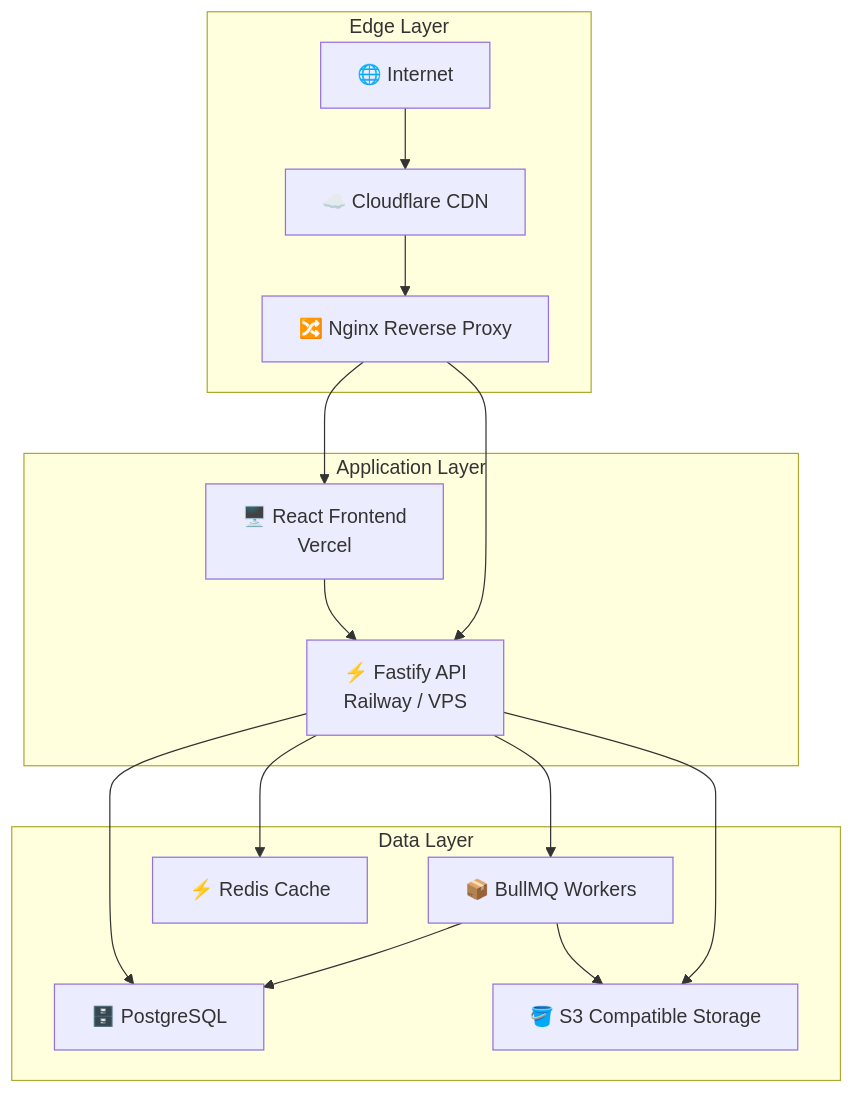
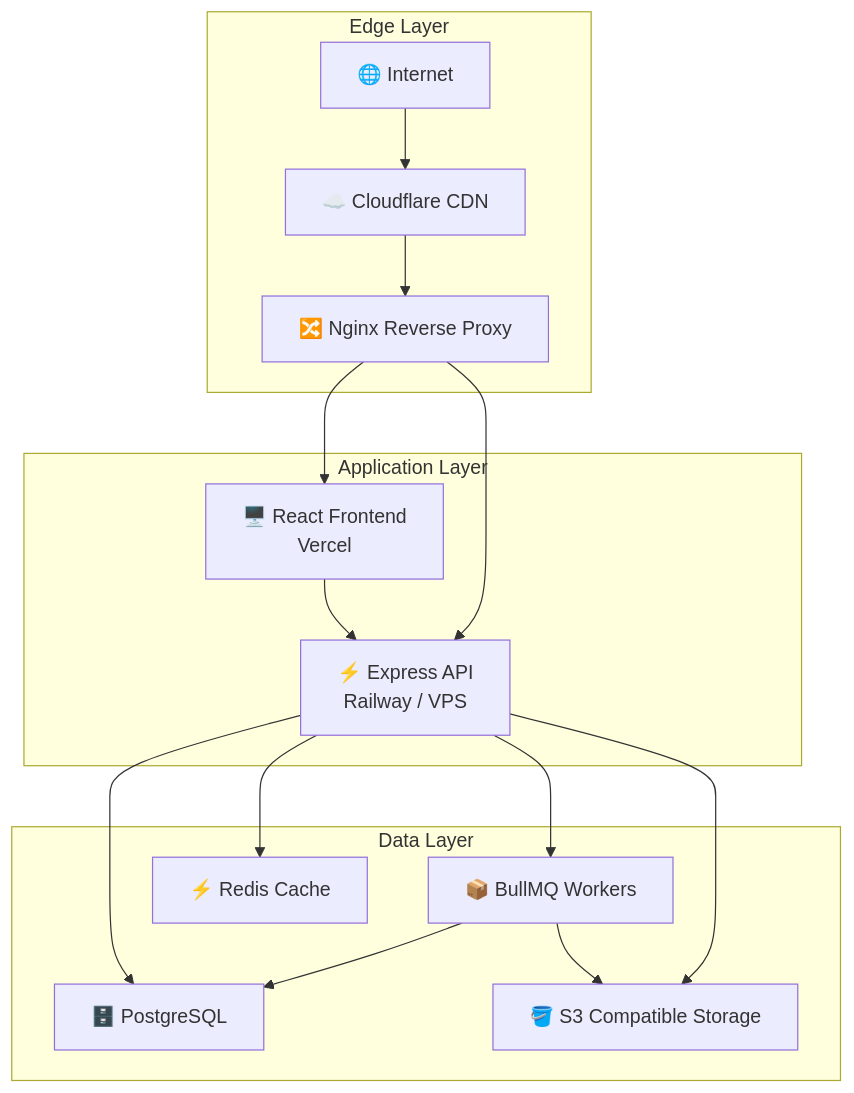
Before and after one commit to evillan0315/vestara-admin-starter: the fifth of 5 diagrams in README.md, drawn with Mermaid. The commit also changed other lines of this file and 21 other files, not shown here.

````diff
--- a/README.md
+++ b/README.md
@@ -1652,37 +1650,37 @@
 ```mermaid
 flowchart TB
 
     subgraph Edge["Edge Layer"]
         INTERNET["🌐 Internet"]
         CDN["☁️ Cloudflare CDN"]
         PROXY["🔀 Nginx Reverse Proxy"]
     end
 
     subgraph Applications["Application Layer"]
         WEB["🖥️ React Frontend<br/>Vercel"]
-        API["⚡ Fastify API<br/>Railway / VPS"]
+        API["⚡ Express API<br/>Railway / VPS"]
     end
 
     subgraph Data["Data Layer"]
         POSTGRES["🗄️ PostgreSQL"]
         REDIS["⚡ Redis Cache"]
         BULLMQ["📦 BullMQ Workers"]
         STORAGE["🪣 S3 Compatible Storage"]
     end
 
     INTERNET --> CDN
     CDN --> PROXY
 
     PROXY --> WEB
     PROXY --> API
 
     WEB --> API
 
     API --> POSTGRES
     API --> REDIS
     API --> BULLMQ
     API --> STORAGE
 
     BULLMQ --> POSTGRES
     BULLMQ --> STORAGE
 ```
````
